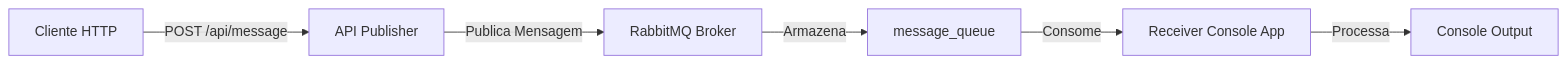
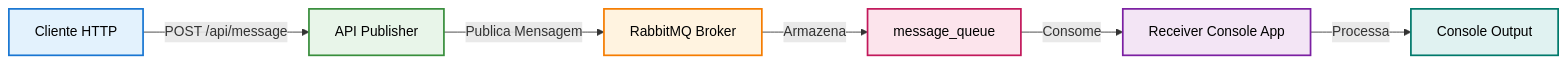
One commit to brenoaug/rabbitmq-exercise changed the first of 6 diagrams in README.md. Above: the diagram before and after it, drawn with Mermaid. The commit also changed other lines of this file, not shown here.

First line of the commit message:
Enhance README visuals with styled diagrams and new GIF

````diff
--- a/README.md
+++ b/README.md
@@ -89,8 +89,15 @@
 ```mermaid
 graph LR
     A[Cliente HTTP] -->|POST /api/message| B[API Publisher]
     B -->|Publica Mensagem| C[RabbitMQ Broker]
     C -->|Armazena| D[message_queue]
     D -->|Consome| E[Receiver Console App]
     E -->|Processa| F[Console Output]
+    
+    style A fill:#e3f2fd,stroke:#1976d2,stroke-width:2px,color:#000
+    style B fill:#e8f5e9,stroke:#388e3c,stroke-width:2px,color:#000
+    style C fill:#fff3e0,stroke:#f57c00,stroke-width:2px,color:#000
+    style D fill:#fce4ec,stroke:#c2185b,stroke-width:2px,color:#000
+    style E fill:#f3e5f5,stroke:#7b1fa2,stroke-width:2px,color:#000
+    style F fill:#e0f2f1,stroke:#00796b,stroke-width:2px,color:#000
 ```
````
